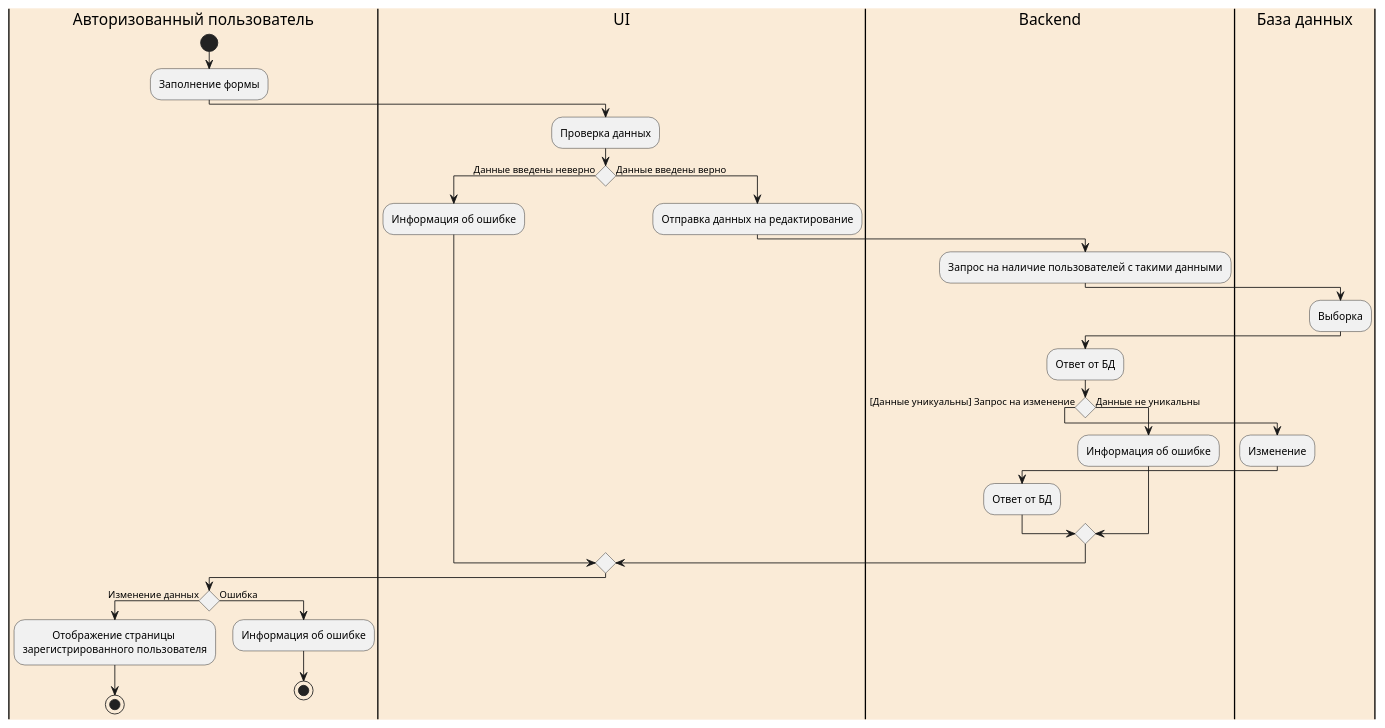
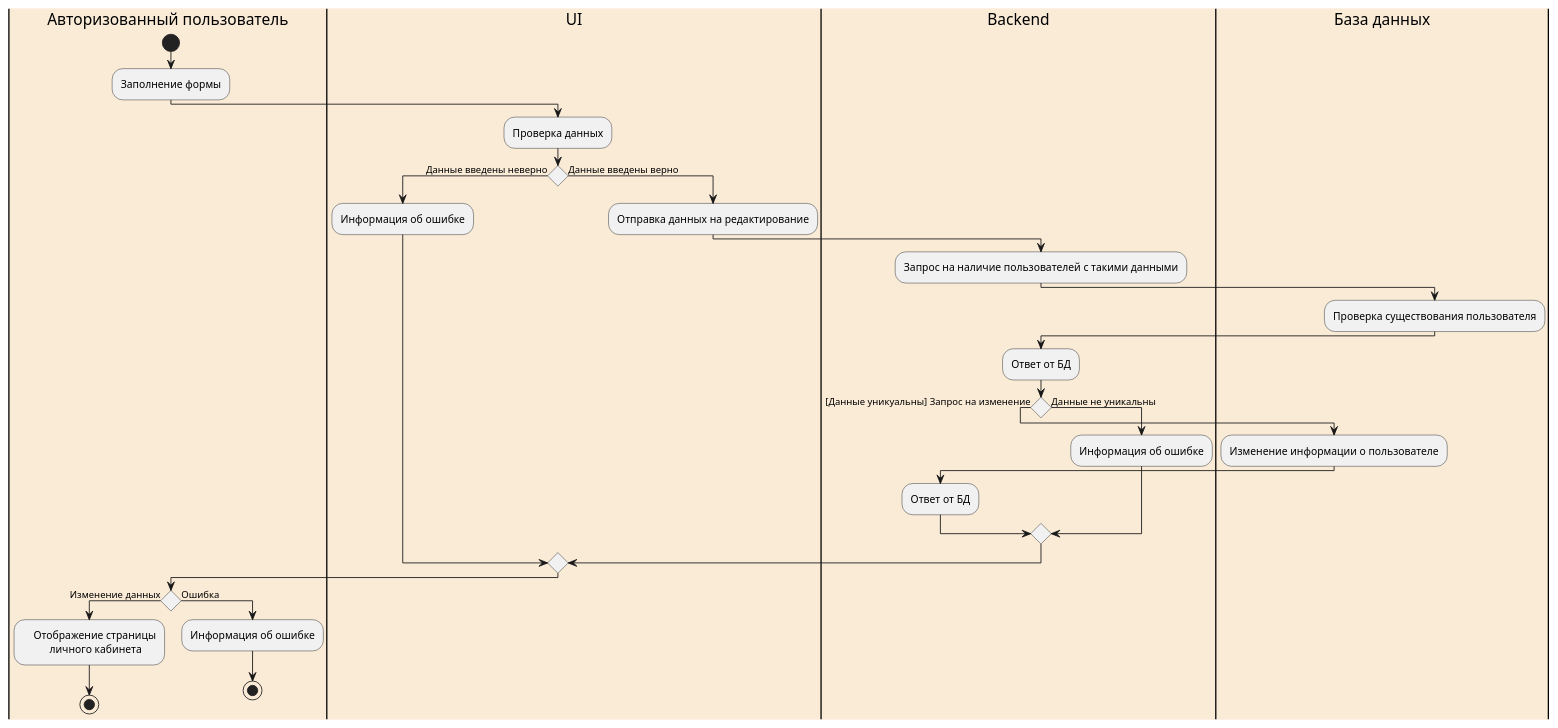
The diagram in docs/diagrams/ActivityUpdateInformation.puml (xlebec27/RGARMusic), drawn with PlantUML before and after one commit.

Commit message:
Final ActivityUpdateInformation

```diff
--- a/docs/diagrams/ActivityUpdateInformation.puml
+++ b/docs/diagrams/ActivityUpdateInformation.puml
@@ -1,36 +1,36 @@
 @startuml
 |#AntiqueWhite|Авторизованный пользователь|
 start
 :Заполнение формы;
 |#AntiqueWhite|UI|
 :Проверка данных;
 if() then (Данные введены неверно)
 :Информация об ошибке;
 else (Данные введены верно)
 :Отправка данных на редактирование;
 |#AntiqueWhite|Backend|
 :Запрос на наличие пользователей с такими данными;
 |#AntiqueWhite|База данных|
-:Выборка;
+:Проверка существования пользователя;
 |#AntiqueWhite|Backend|
 :Ответ от БД;
 if() then ([Данные уникуальны] Запрос на изменение)
 |#AntiqueWhite|База данных|
-:Изменение;
+:Изменение информации о пользователе;
 |#AntiqueWhite|Backend|
 :Ответ от БД;
 else (Данные не уникальны)
 :Информация об ошибке;
 endif
 |#AntiqueWhite|UI|
 endif
 |#AntiqueWhite|Авторизованный пользователь|
 if() then (Изменение данных)
-:           Отображение страницы
-зарегистрированного пользователя;
+:    Отображение страницы
+          личного кабинета;
 stop
 else(Ошибка)
 :Информация об ошибке;
 stop
 
 @enduml
```
